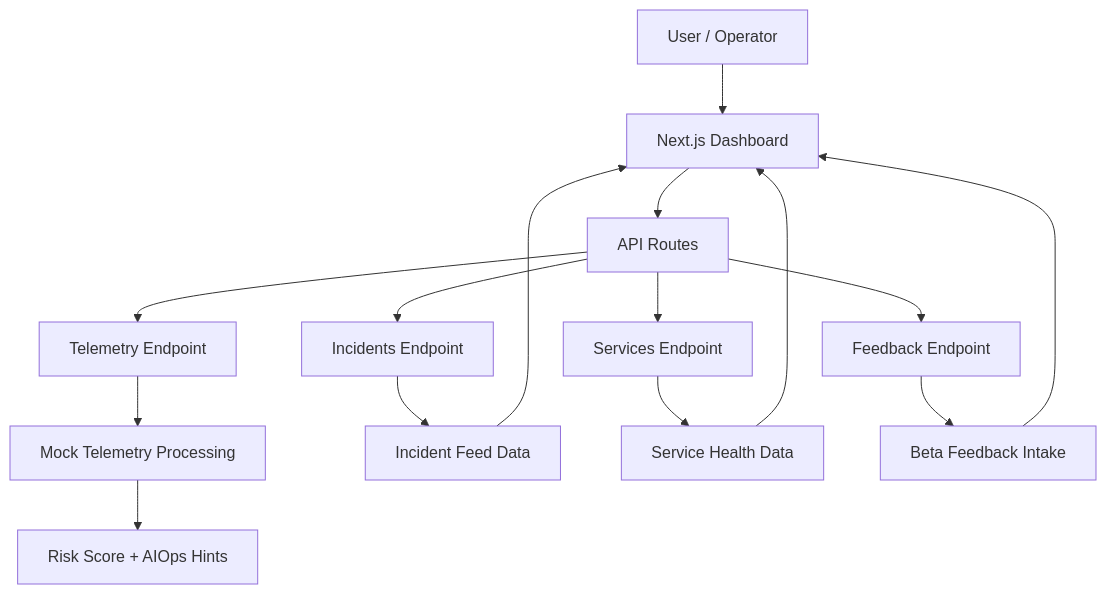
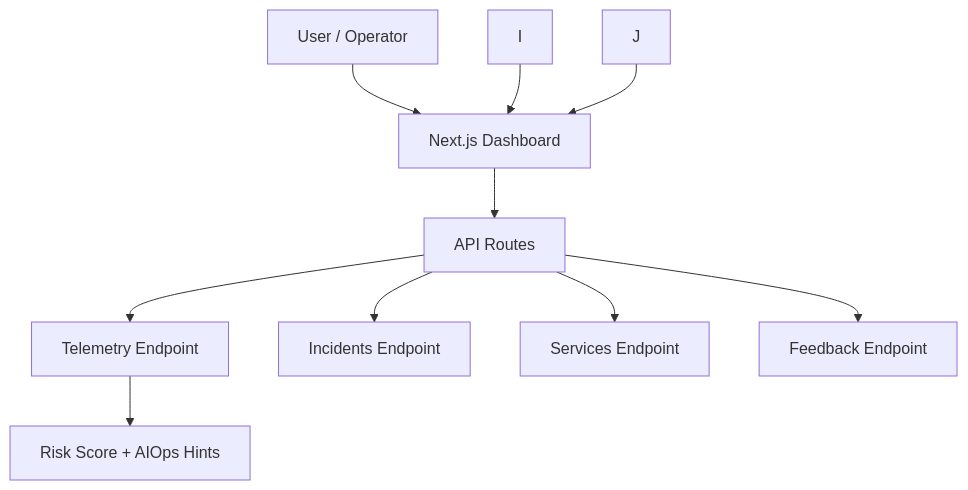
Before and after one commit to SamoTech/DataCenterAIOps: the diagram in README.md, drawn with Mermaid. The commit also changed other lines of this file and 1 other file, not shown here.

````diff
--- a/README.md
+++ b/README.md
@@ -128,19 +63,12 @@
 ```mermaid
 flowchart TD
     A[User / Operator] --> B[Next.js Dashboard]
     B --> C[API Routes]
     C --> D[Telemetry Endpoint]
     C --> E[Incidents Endpoint]
     C --> F[Services Endpoint]
     C --> G[Feedback Endpoint]
-
-    D --> H[Mock Telemetry Processing]
-    E --> I[Incident Feed Data]
-    F --> J[Service Health Data]
-    G --> K[Beta Feedback Intake]
-
-    H --> L[Risk Score + AIOps Hints]
+    D --> H[Risk Score + AIOps Hints]
     I --> B
     J --> B
-    K --> B
 ```
````
